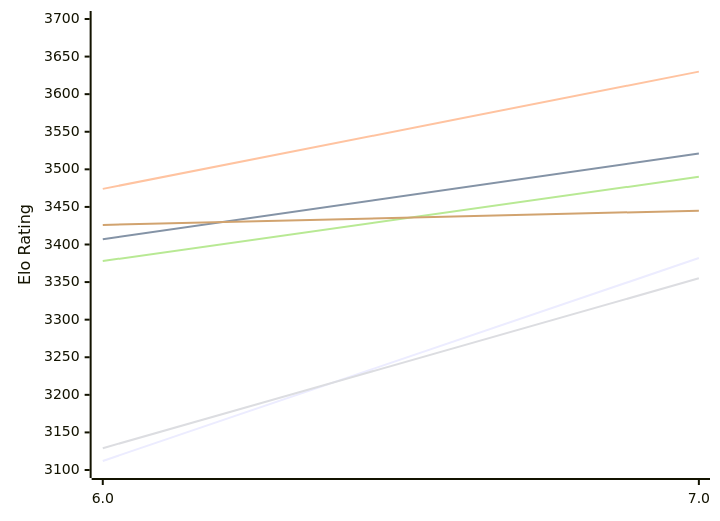
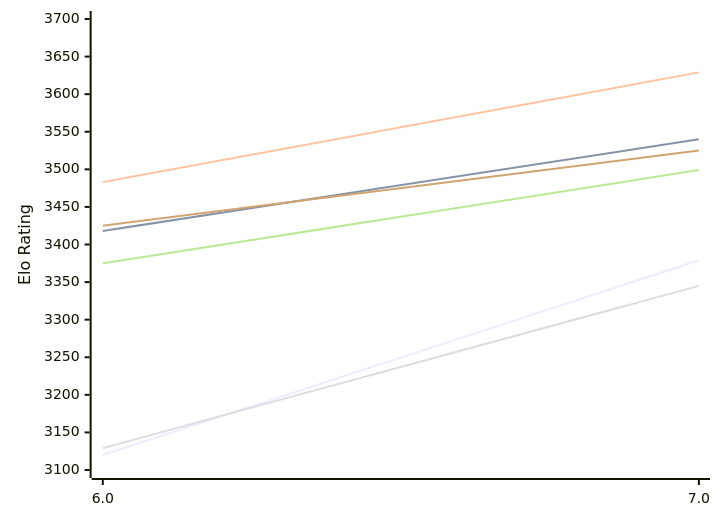
Before and after one commit to computer-chess-index/cci: the first of 2 diagrams in engines/Devre.md, drawn with Mermaid. The commit also changed other lines of this file, not shown here.

Commit message:
Update CCI Ratings (ELO VLTC) - 2026-11-16

````diff
--- a/engines/Devre.md
+++ b/engines/Devre.md
@@ -50,12 +50,12 @@
 ```mermaid
 %%{init: {"theme":"base","themeVariables":{"seriesColors:['#a3a3a3','#222221','#faa371']}}}%%
 xychart-beta
   x-axis ["6.0", "7.0"]
   y-axis "Elo Rating" 3100 --> 3700
-  line "E1: STC (8.0+0.08s)" [3112, 3382]
-  line "E1: LTC (60.0+0.60s)" [3407, 3521]
-  line "E1: VLTC (2m24s+1.12s)" [3474, 3630]
-  line "P1: STC (8.0+0.08s)" [3129, 3355]
-  line "P1: LTC (60.0+0.60s)" [3378, 3490]
-  line "P1: VLTC (2m24s+1.12s)" [3426, 3445]
+  line "E1: STC (8.0+0.08s)" [3120, 3379]
+  line "E1: LTC (60.0+0.60s)" [3418, 3540]
+  line "E1: VLTC (2m24s+1.12s)" [3483, 3629]
+  line "P1: STC (8.0+0.08s)" [3129, 3345]
+  line "P1: LTC (60.0+0.60s)" [3375, 3499]
+  line "P1: VLTC (2m24s+1.12s)" [3425, 3525]
 ```
````
